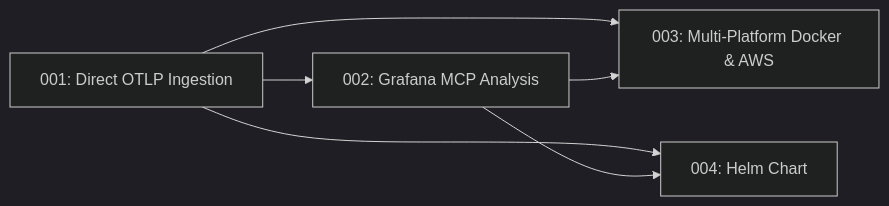
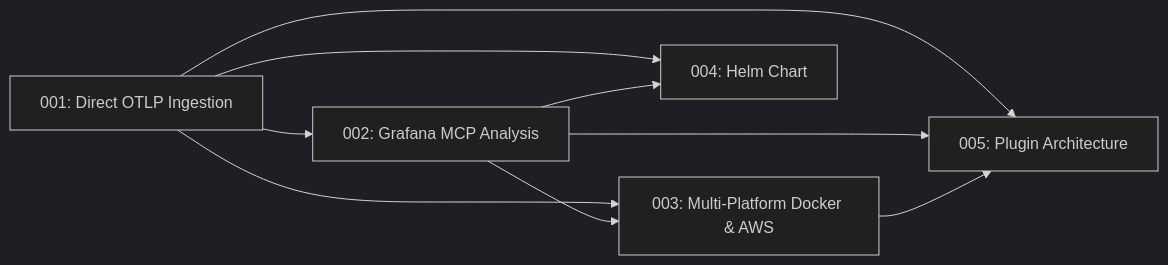
The diagram in docs/tech-specs/INDEX.md (Vinny1892/octantis), drawn with Mermaid (dark theme) before and after one commit. The commit also changed other lines of this file and 1 other file, not shown here.

Commit message:
docs: add Tech Spec 005 — Plugin Architecture & Open-Core Foundation
5 Protocol interfaces (Notifier, MCPConnector, StorageBackend,
PipelineProcessor, UIProvider), registry-based lifecycle, JWT Ed25519
plan gating, Apache-2.0 SDK, dual deploy modes (standalone + Redpanda),
and AGPL-3.0 license migration.

````diff
--- a/docs/tech-specs/INDEX.md
+++ b/docs/tech-specs/INDEX.md
@@ -14,8 +15,11 @@
 ```mermaid
 flowchart LR
     TS001["001: Direct OTLP Ingestion"] --> TS002["002: Grafana MCP Analysis"]
     TS001 --> TS003["003: Multi-Platform Docker & AWS"]
     TS002 --> TS003
     TS001 --> TS004["004: Helm Chart"]
     TS002 --> TS004
+    TS001 --> TS005["005: Plugin Architecture"]
+    TS002 --> TS005
+    TS003 --> TS005
 ```
````
